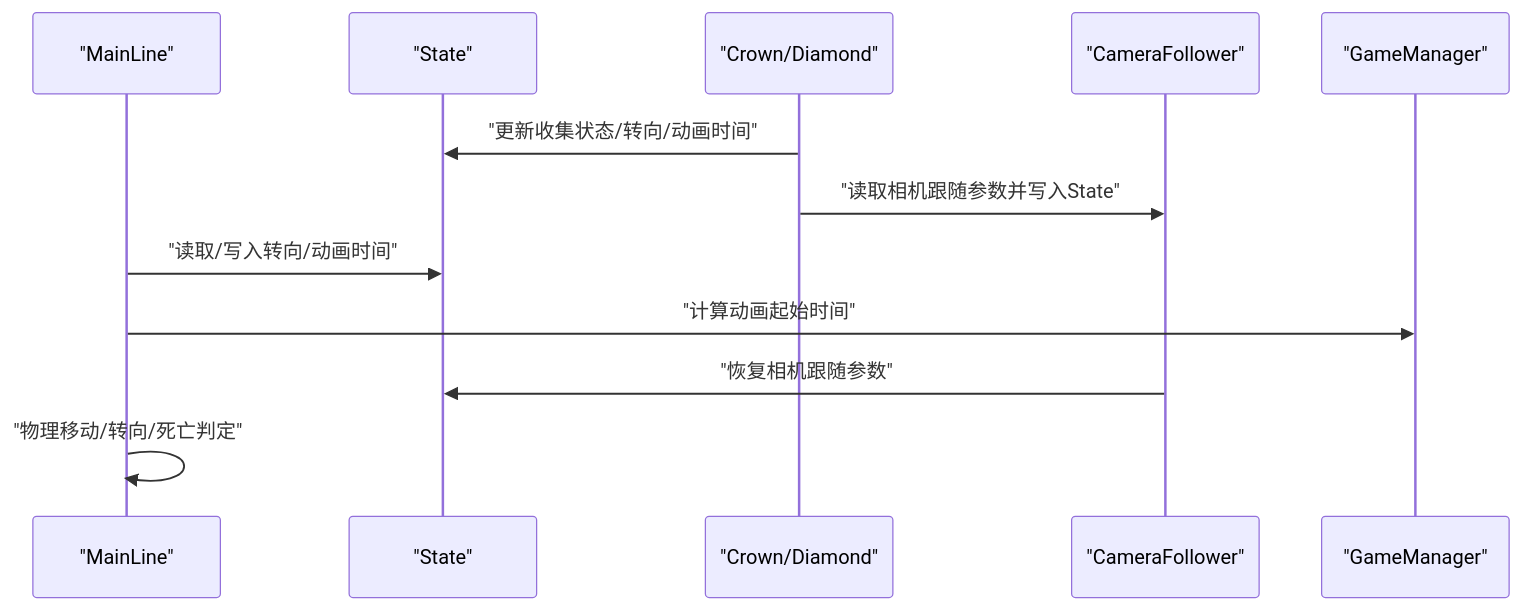
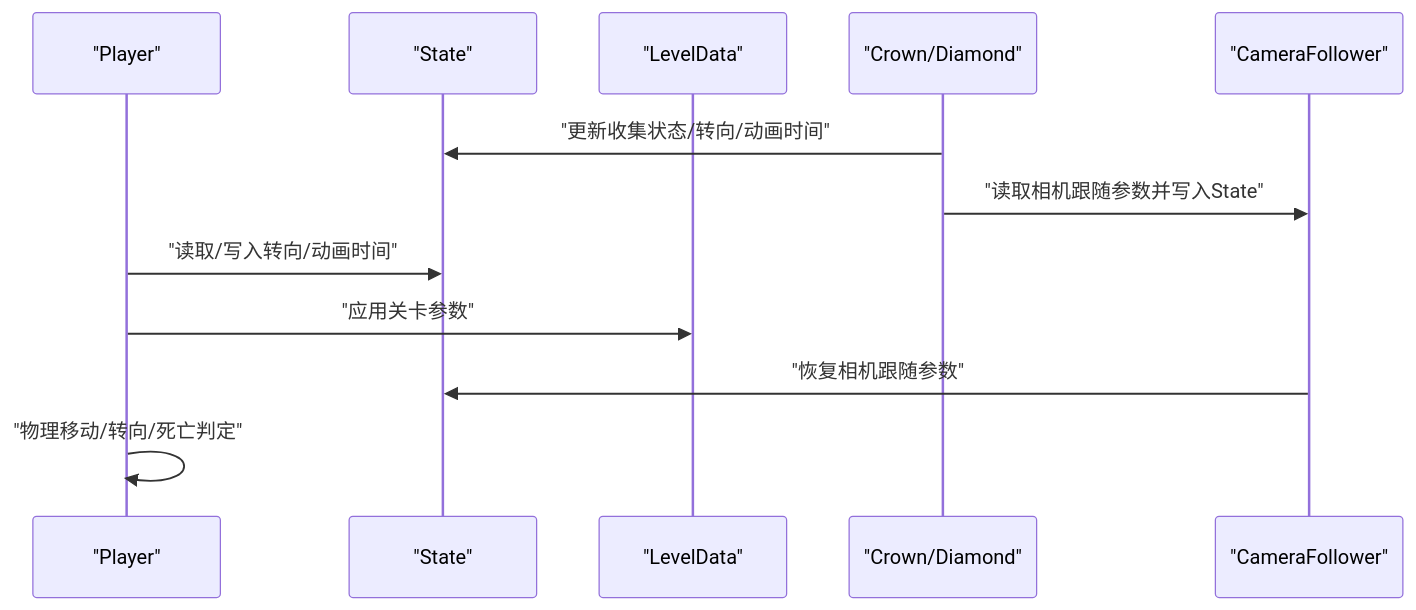
The second of 6 diagrams in .qoder/repowiki/zh/content/游戏系统/角色控制系统.md (godotline/godot-line), drawn with Mermaid before and after one commit. The commit also changed other lines of this file and 18 other files, not shown here.

````diff
--- a/.qoder/repowiki/zh/content/游戏系统/角色控制系统.md
+++ b/.qoder/repowiki/zh/content/游戏系统/角色控制系统.md
@@ -101,14 +99,14 @@
 ```mermaid
 sequenceDiagram
-participant Player as "MainLine"
+participant Player as "Player"
 participant State as "State"
+participant LevelData as "LevelData"
 participant Trigger as "Crown/Diamond"
 participant Cam as "CameraFollower"
-participant GM as "GameManager"
 Trigger->>State : "更新收集状态/转向/动画时间"
 Trigger->>Cam : "读取相机跟随参数并写入State"
 Player->>State : "读取/写入转向/动画时间"
-Player->>GM : "计算动画起始时间"
+Player->>LevelData : "应用关卡参数"
 Cam->>State : "恢复相机跟随参数"
 Player->>Player : "物理移动/转向/死亡判定"
 ```
````
